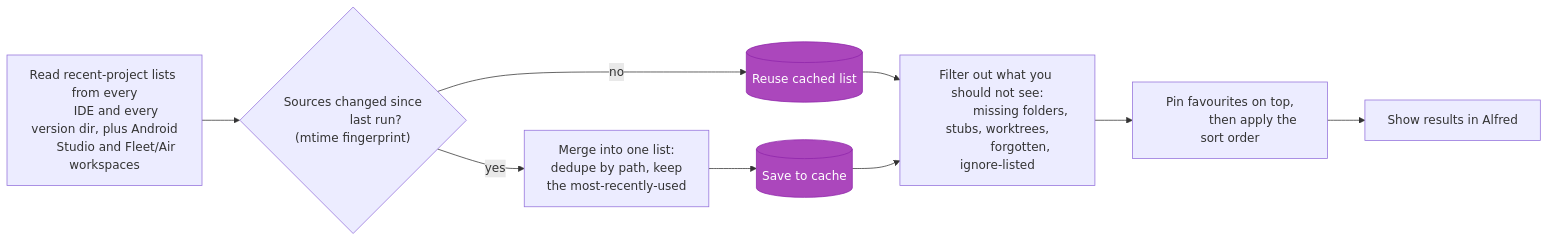
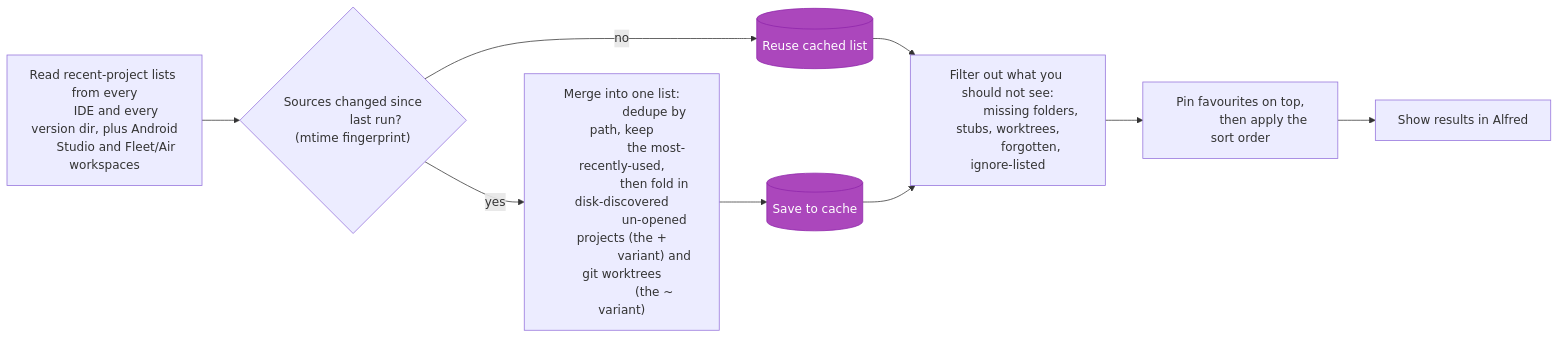
Before and after one commit to DavidSeptimus/alfred-jetbrains-launcher: the first of 4 diagrams in docs/ARCHITECTURE.md, drawn with Mermaid. The commit also changed other lines of this file and 6 other files, not shown here.

````diff
--- a/docs/ARCHITECTURE.md
+++ b/docs/ARCHITECTURE.md
@@ -19,22 +19,26 @@
 ```mermaid
 flowchart LR
     classDef cache fill:#AB47BC,stroke:#8E24AA,color:#fff
 
     A["Read recent-project lists from every
        IDE and every version dir, plus Android
        Studio and Fleet/Air workspaces"]
     A --> B{"Sources changed since
              last run? (mtime fingerprint)"}
     B -->|no| C[("Reuse cached list")]:::cache
     B -->|yes| D["Merge into one list:
                   dedupe by path, keep
-                  the most-recently-used"]
+                  the most-recently-used,
+                  then fold in disk-discovered
+                  un-opened projects (the +
+                  variant) and git worktrees
+                  (the ~ variant)"]
     D --> E[("Save to cache")]:::cache
     C --> F["Filter out what you should not see:
              missing folders, stubs, worktrees,
              forgotten, ignore-listed"]
     E --> F
     F --> G["Pin favourites on top,
              then apply the sort order"]
     G --> H["Show results in Alfred"]
 ```
````
